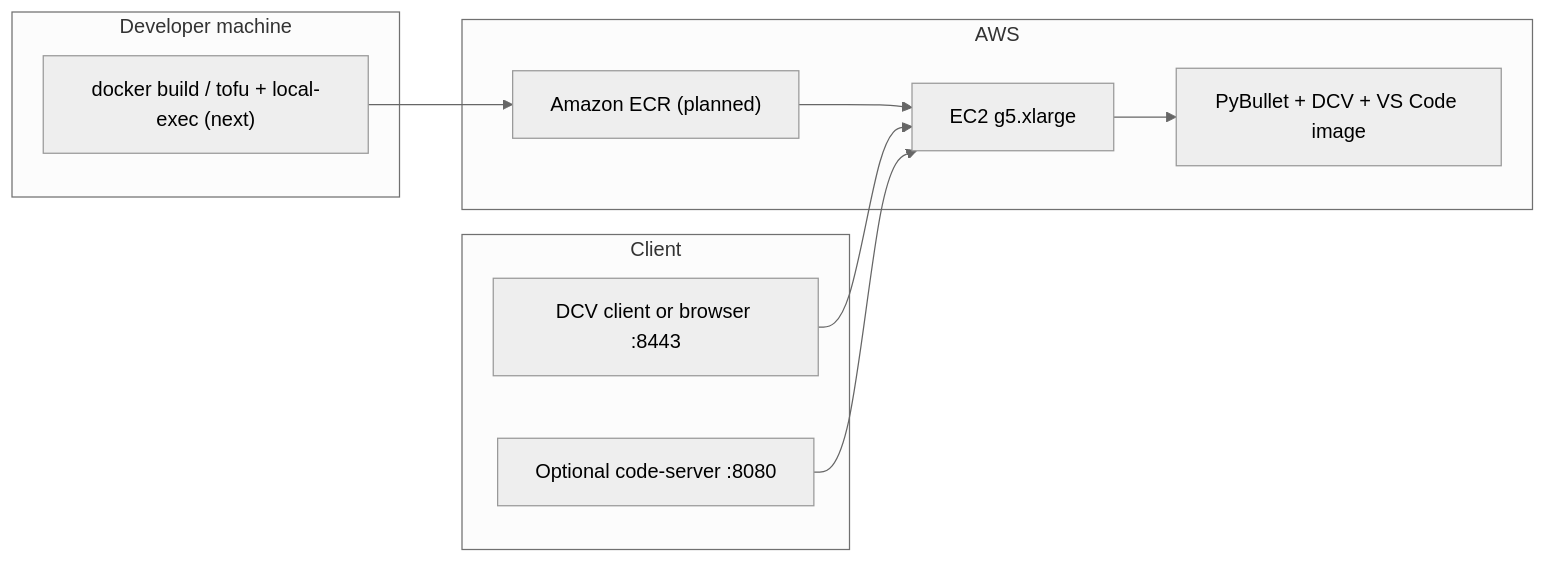
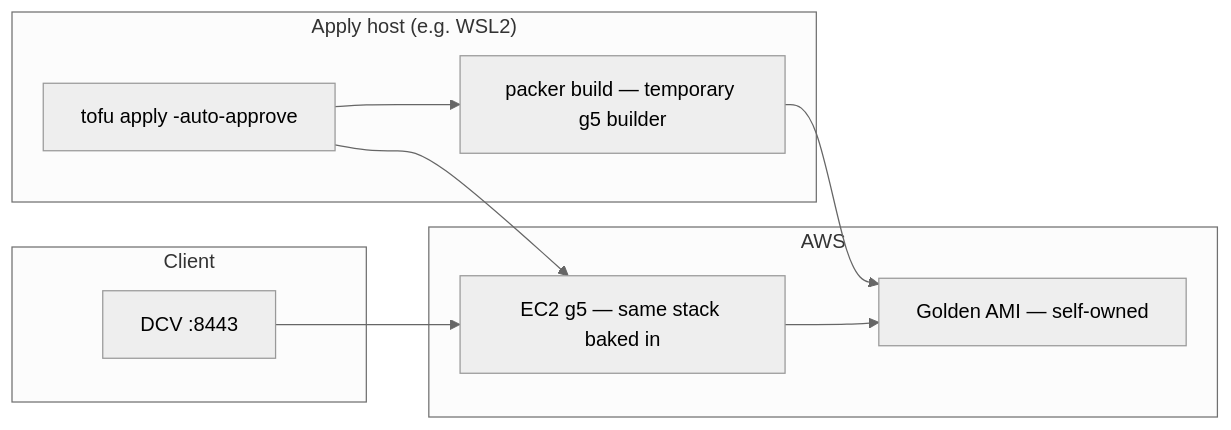
One commit to rubencg195/aws-pybullet-environment changed the third of 4 diagrams in README.md. Above: the diagram before and after it, drawn with Mermaid (neutral theme). The commit also changed other lines of this file and 20 other files, not shown here.

First line of the commit message:
Packer golden AMI via OpenTofu; remove Docker tree and ECR path

````diff
--- a/README.md
+++ b/README.md
@@ -55,20 +57,19 @@
 ```mermaid
 flowchart LR
-  subgraph dev["Developer machine"]
-    DOCKER["docker build / tofu + local-exec (next)"]
+  subgraph dev["Apply host (e.g. WSL2)"]
+    TOFU["tofu apply -auto-approve"]
+    PKR["packer build — temporary g5 builder"]
   end
   subgraph aws["AWS"]
-    ECR["Amazon ECR (planned)"]
-    EC2["EC2 g5.xlarge"]
-    IMG["PyBullet + DCV + VS Code image"]
+    AMI["Golden AMI — self-owned"]
+    EC2["EC2 g5 — same stack baked in"]
   end
   subgraph client["Client"]
-    DCVC["DCV client or browser :8443"]
-    WEB["Optional code-server :8080"]
+    DCVC["DCV :8443"]
   end
-  DOCKER --> ECR
-  ECR --> EC2
-  EC2 --> IMG
+  TOFU --> PKR
+  PKR --> AMI
+  TOFU --> EC2
+  EC2 --> AMI
   DCVC --> EC2
-  WEB --> EC2
 ```
````
